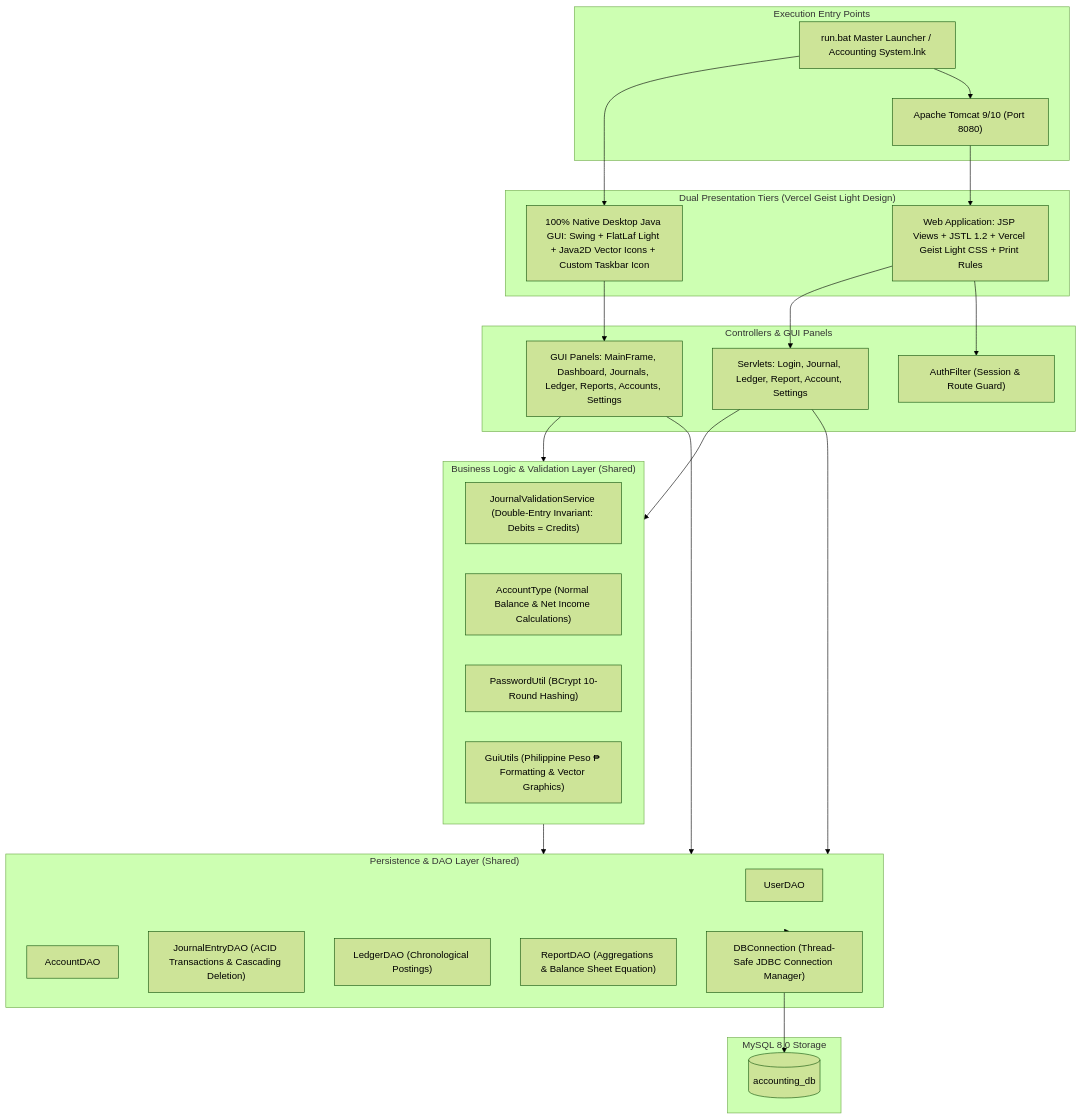
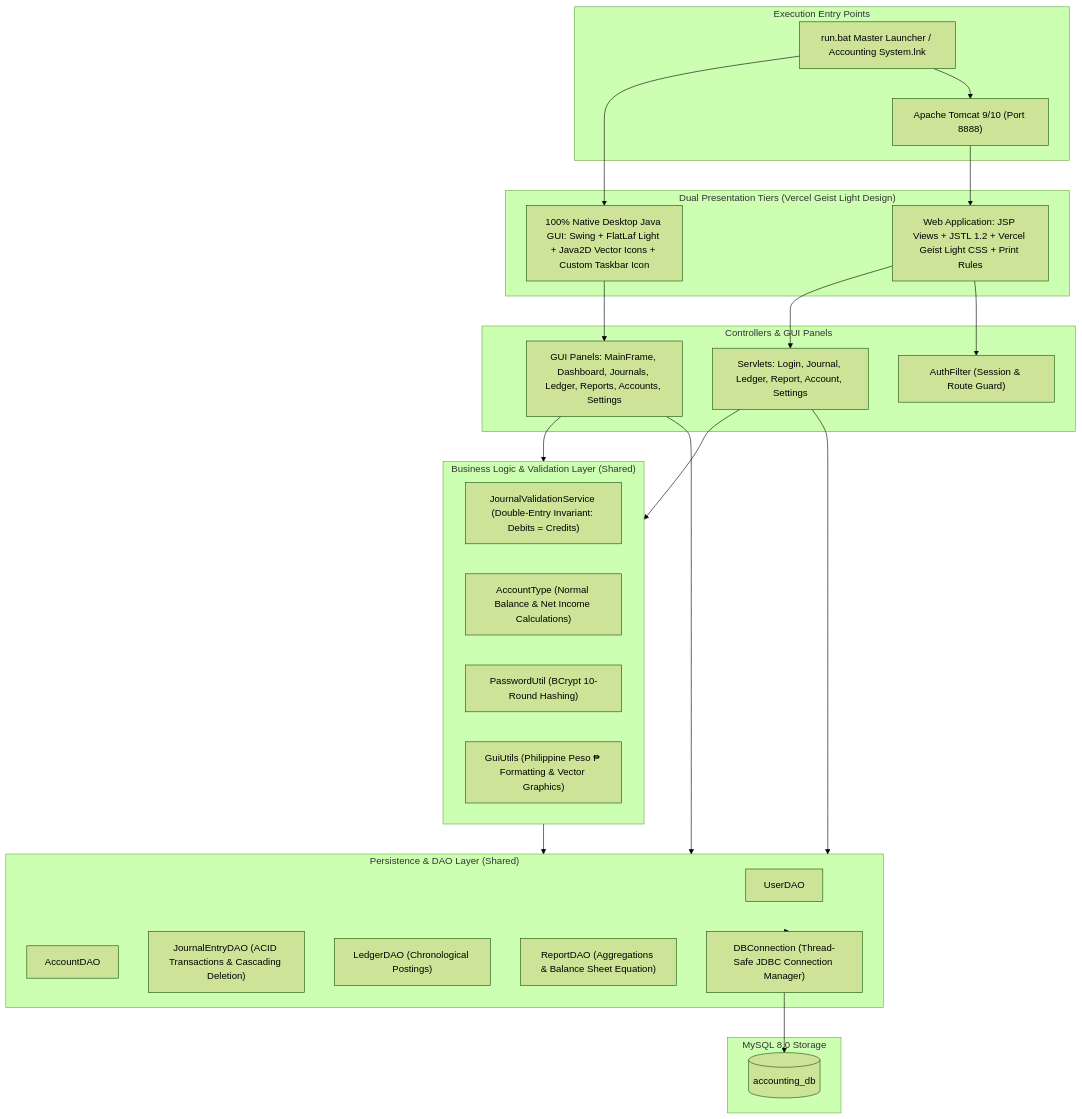
Before and after one commit to 0xp47/Accurix-Financial-System: the sixth of 6 diagrams in docs/SYSTEM_ARCHITECTURE_DIAGRAMS.md, drawn with Mermaid (forest theme). The commit also changed 6 other files, not shown here.

Commit message:
fix(web): migrate Tomcat port to 8888 to avoid Windows Hyper-V reserved port exclusion (8044-8143)

````diff
--- a/docs/SYSTEM_ARCHITECTURE_DIAGRAMS.md
+++ b/docs/SYSTEM_ARCHITECTURE_DIAGRAMS.md
@@ -228,52 +228,52 @@
 ```mermaid
 flowchart TD
     subgraph Presentation ["Dual Presentation Tiers (Vercel Geist Light Design)"]
         GUI["100% Native Desktop Java GUI: Swing + FlatLaf Light + Java2D Vector Icons + Custom Taskbar Icon"]
         WebUI["Web Application: JSP Views + JSTL 1.2 + Vercel Geist Light CSS + Print Rules"]
     end
 
     subgraph EntryPoints ["Execution Entry Points"]
         Launcher["run.bat Master Launcher / Accounting System.lnk"]
-        TomcatServer["Apache Tomcat 9/10 (Port 8080)"]
+        TomcatServer["Apache Tomcat 9/10 (Port 8888)"]
     end
 
     subgraph Controllers ["Controllers & GUI Panels"]
         AuthFilter["AuthFilter (Session & Route Guard)"]
         Servlets["Servlets: Login, Journal, Ledger, Report, Account, Settings"]
         GuiPanels["GUI Panels: MainFrame, Dashboard, Journals, Ledger, Reports, Accounts, Settings"]
     end
 
     subgraph ServiceLayer ["Business Logic & Validation Layer (Shared)"]
         Validation["JournalValidationService (Double-Entry Invariant: Debits = Credits)"]
         Rules["AccountType (Normal Balance & Net Income Calculations)"]
         Security["PasswordUtil (BCrypt 10-Round Hashing)"]
         GuiUtils["GuiUtils (Philippine Peso ₱ Formatting & Vector Graphics)"]
     end
 
     subgraph DAOLayer ["Persistence & DAO Layer (Shared)"]
         UserDAO["UserDAO"]
         AccountDAO["AccountDAO"]
         JournalDAO["JournalEntryDAO (ACID Transactions & Cascading Deletion)"]
         LedgerDAO["LedgerDAO (Chronological Postings)"]
         ReportDAO["ReportDAO (Aggregations & Balance Sheet Equation)"]
         DBConn["DBConnection (Thread-Safe JDBC Connection Manager)"]
     end
 
     subgraph Database ["MySQL 8.0 Storage"]
         MySQL[("accounting_db")]
     end
 
     Launcher --> GUI
     Launcher --> TomcatServer
     TomcatServer --> WebUI
     GUI --> GuiPanels
     WebUI --> Servlets
     WebUI --> AuthFilter
     GuiPanels --> ServiceLayer
     GuiPanels --> DAOLayer
     Servlets --> ServiceLayer
     Servlets --> DAOLayer
     ServiceLayer --> DAOLayer
     DAOLayer --> DBConn
     DBConn --> MySQL
 ```
````
